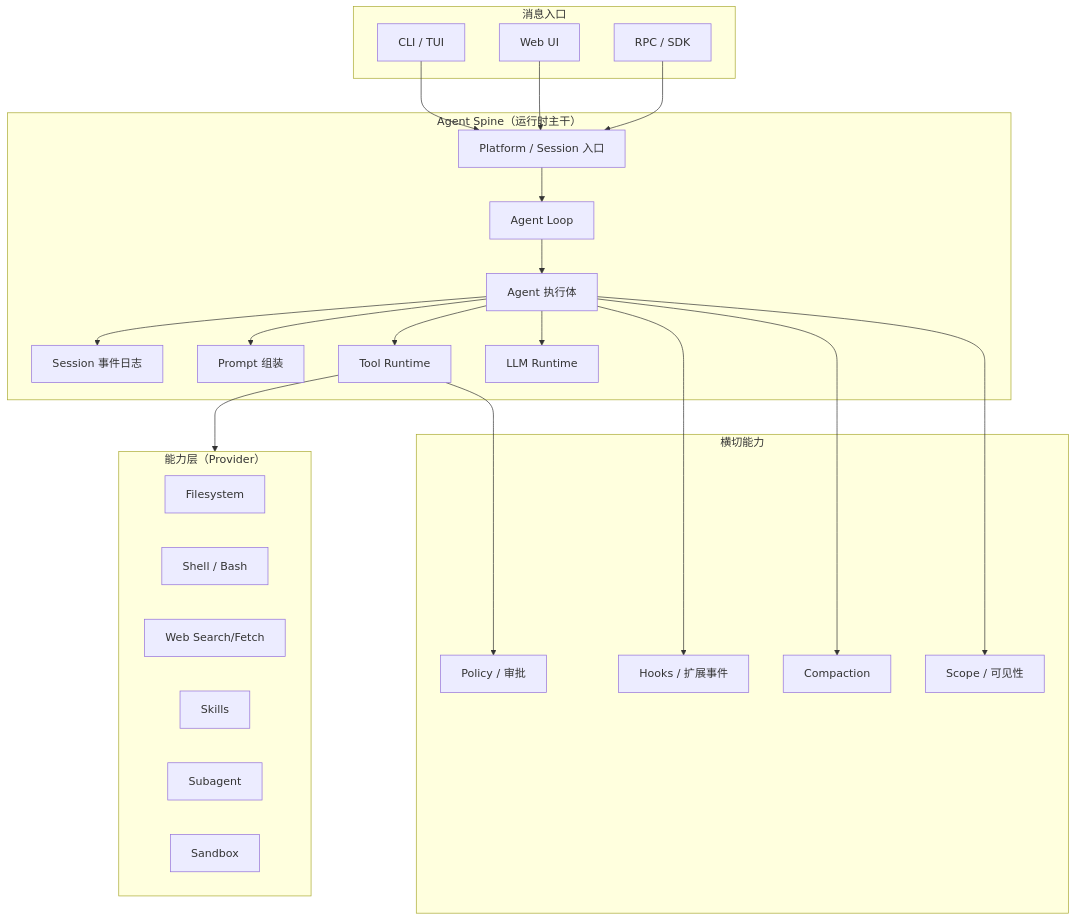
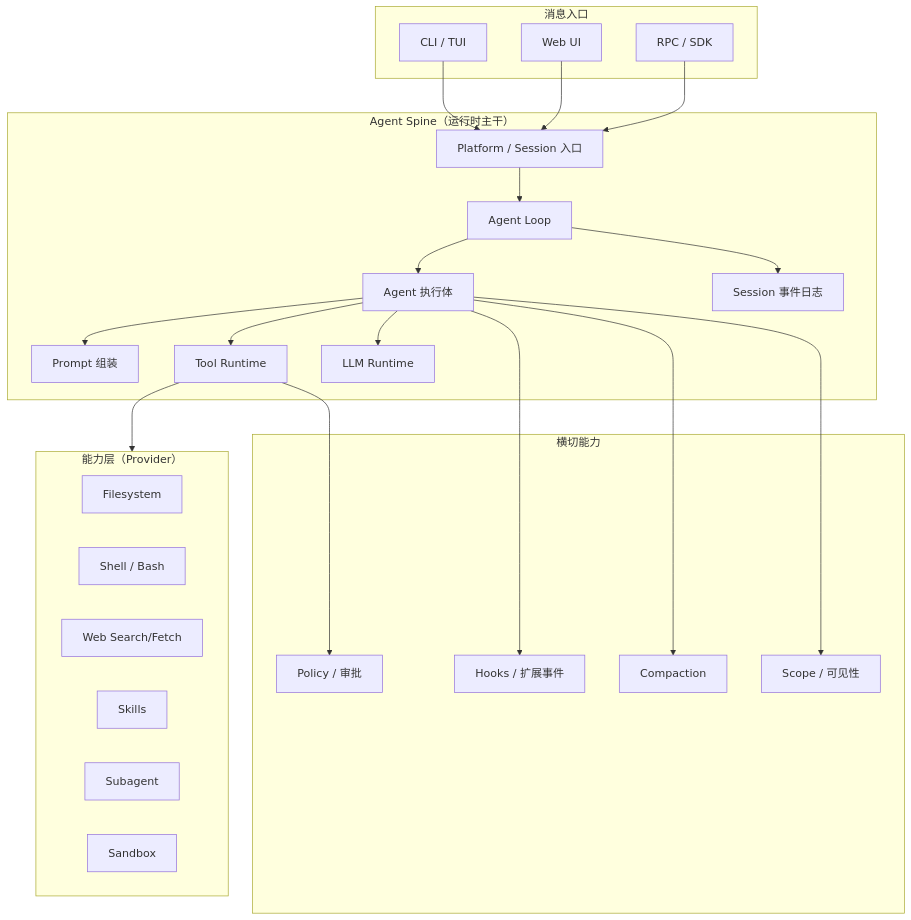
Before and after one commit to lengzhao/agentkit: the first of 3 diagrams in docs/reference-analysis.zh.md, drawn with Mermaid. The commit also changed 38 other files, not shown here.

````diff
--- a/docs/reference-analysis.zh.md
+++ b/docs/reference-analysis.zh.md
@@ -22,49 +22,49 @@
 ```mermaid
 flowchart TB
   subgraph ingress ["消息入口"]
     CLI["CLI / TUI"]
     Web["Web UI"]
     RPC["RPC / SDK"]
   end
 
   subgraph spine ["Agent Spine（运行时主干）"]
     Platform["Platform / Session 入口"]
     Loop["Agent Loop"]
     Agent["Agent 执行体"]
     Session["Session 事件日志"]
     Prompt["Prompt 组装"]
     Tools["Tool Runtime"]
     LLM["LLM Runtime"]
   end
 
   subgraph cross ["横切能力"]
     Policy["Policy / 审批"]
     Hooks["Hooks / 扩展事件"]
     Compaction["Compaction"]
     Scope["Scope / 可见性"]
   end
 
   subgraph caps ["能力层（Provider）"]
     FS["Filesystem"]
     Shell["Shell / Bash"]
     WebCap["Web Search/Fetch"]
     Skill["Skills"]
     Subagent["Subagent"]
     Sandbox["Sandbox"]
   end
 
   CLI --> Platform
   Web --> Platform
   RPC --> Platform
   Platform --> Loop
   Loop --> Agent
-  Agent --> Session
+  Loop --> Session
   Agent --> Prompt
   Agent --> Tools
   Agent --> LLM
   Tools --> Policy
   Tools --> caps
   Agent --> Hooks
   Agent --> Compaction
   Agent --> Scope
 ```
````
